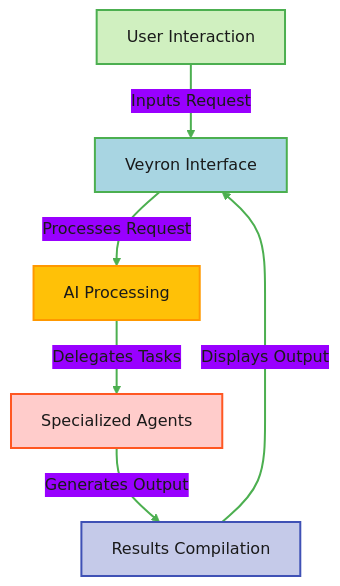
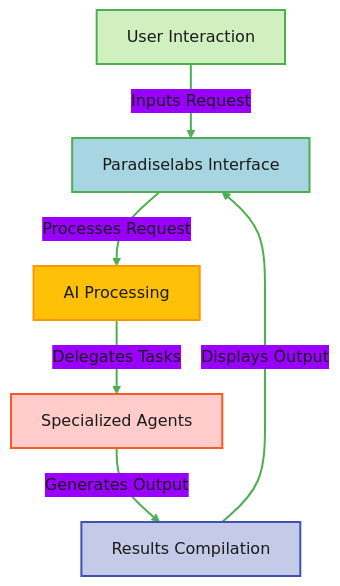
One commit to PlabsAI/Paradiselabs_website changed the diagram in descriptive_files/FirstTimeUsers.md. Above: the diagram before and after it, drawn with Mermaid. The commit also changed other lines of this file and 6 other files, not shown here.

````diff
--- a/descriptive_files/FirstTimeUsers.md
+++ b/descriptive_files/FirstTimeUsers.md
@@ -5,24 +5,24 @@
 ```mermaid
 %%{init: {'theme': 'base', 'themeVariables': { 'fontSize': '16px', 'fontFamily': 'Arial', 'primaryColor': '#ff9900', 'primaryTextColor': '#1a1a1a' }}}%%
 
 graph TD
-    U[User Interaction] --> |Inputs Request| V[Veyron Interface]
+    U[User Interaction] --> |Inputs Request| V[Paradiselabs Interface]
     V --> |Processes Request| P[AI Processing]
     P --> |Delegates Tasks| A[Specialized Agents]
     A --> |Generates Output| R[Results Compilation]
     R --> |Displays Output| V
     
     classDef user fill:#d0f0c0,stroke:#4caf50,stroke-width:2px;
     classDef interface fill:#a8d5e2,stroke:#4caf50,stroke-width:2px;
     classDef processing fill:#ffc107,stroke:#ff9800,stroke-width:2px;
     classDef agents fill:#ffcccb,stroke:#ff5722,stroke-width:2px;
     classDef results fill:#c5cae9,stroke:#3f51b5,stroke-width:2px;
     
     class U user;
     class V interface;
     class P processing;
     class A agents;
     class R results;
 
     linkStyle default stroke:#4caf50,stroke-width:2px;
 ```
````
